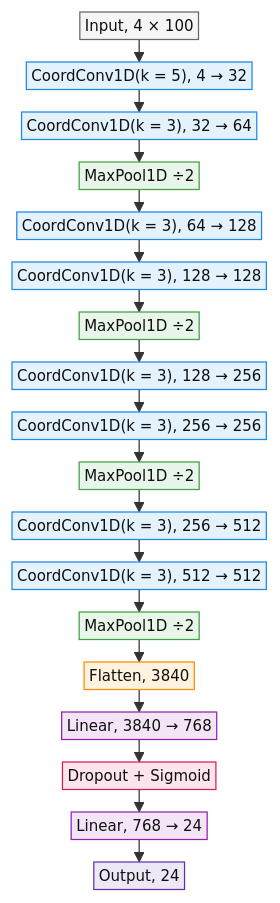
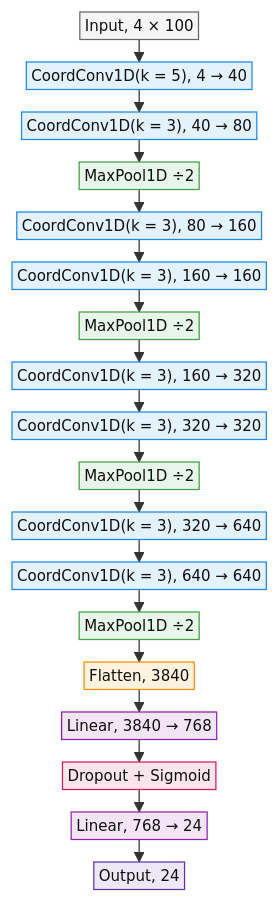
Before and after one commit to Caykroyd/spectral_fit_net: the diagram in README.md, drawn with Mermaid. The commit also changed other lines of this file, not shown here.

````diff
--- a/README.md
+++ b/README.md
@@ -115,59 +118,59 @@
 ```mermaid
 %%{init: {
   "flowchart": {
     "padding": 2,
     "nodeSpacing": 18,
     "rankSpacing": 18,
     "wrappingWidth": 500
   },
   "themeVariables": {
     "fontSize": "12px"
   }
 }}%%
 flowchart TD
     A["Input, 4 × 100"]
 
-    B["CoordConv1D(k = 5), 4 → 32"]
-    C["CoordConv1D(k = 3), 32 → 64"]
+    B["CoordConv1D(k = 5), 4 → 40"]
+    C["CoordConv1D(k = 3), 40 → 80"]
     P1["MaxPool1D ÷2"]
 
-    D["CoordConv1D(k = 3), 64 → 128"]
-    E["CoordConv1D(k = 3), 128 → 128"]
+    D["CoordConv1D(k = 3), 80 → 160"]
+    E["CoordConv1D(k = 3), 160 → 160"]
     P2["MaxPool1D ÷2"]
 
-    F["CoordConv1D(k = 3), 128 → 256"]
-    G["CoordConv1D(k = 3), 256 → 256"]
+    F["CoordConv1D(k = 3), 160 → 320"]
+    G["CoordConv1D(k = 3), 320 → 320"]
     P3["MaxPool1D ÷2"]
 
-    H["CoordConv1D(k = 3), 256 → 512"]
-    I["CoordConv1D(k = 3), 512 → 512"]
+    H["CoordConv1D(k = 3), 320 → 640"]
+    I["CoordConv1D(k = 3), 640 → 640"]
     P4["MaxPool1D ÷2"]
 
     J["Flatten, 3840"]
     K["Linear, 3840 → 768"]
     L["Dropout + Sigmoid"]
     M["Linear, 768 → 24"]
     N["Output, 24"]
 
     A --> B --> C --> P1
     P1 --> D --> E --> P2
     P2 --> F --> G --> P3
     P3 --> H --> I --> P4
     P4 --> J --> K --> L --> M --> N
 
     classDef input fill:#f5f5f5,stroke:#666,stroke-width:1px,color:#111;
     classDef coordconv fill:#e3f2fd,stroke:#1e88e5,stroke-width:1px,color:#111;
     classDef pool fill:#e8f5e9,stroke:#43a047,stroke-width:1px,color:#111;
     classDef reshape fill:#fff3e0,stroke:#fb8c00,stroke-width:1px,color:#111;
     classDef linear fill:#f3e5f5,stroke:#8e24aa,stroke-width:1px,color:#111;
     classDef regularize fill:#fce4ec,stroke:#d81b60,stroke-width:1px,color:#111;
     classDef output fill:#ede7f6,stroke:#5e35b1,stroke-width:1px,color:#111;
 
     class A input;
     class B,C,D,E,F,G,H,I coordconv;
     class P1,P2,P3,P4 pool;
     class J reshape;
     class K,M linear;
     class L regularize;
     class N output;
 ```
````
